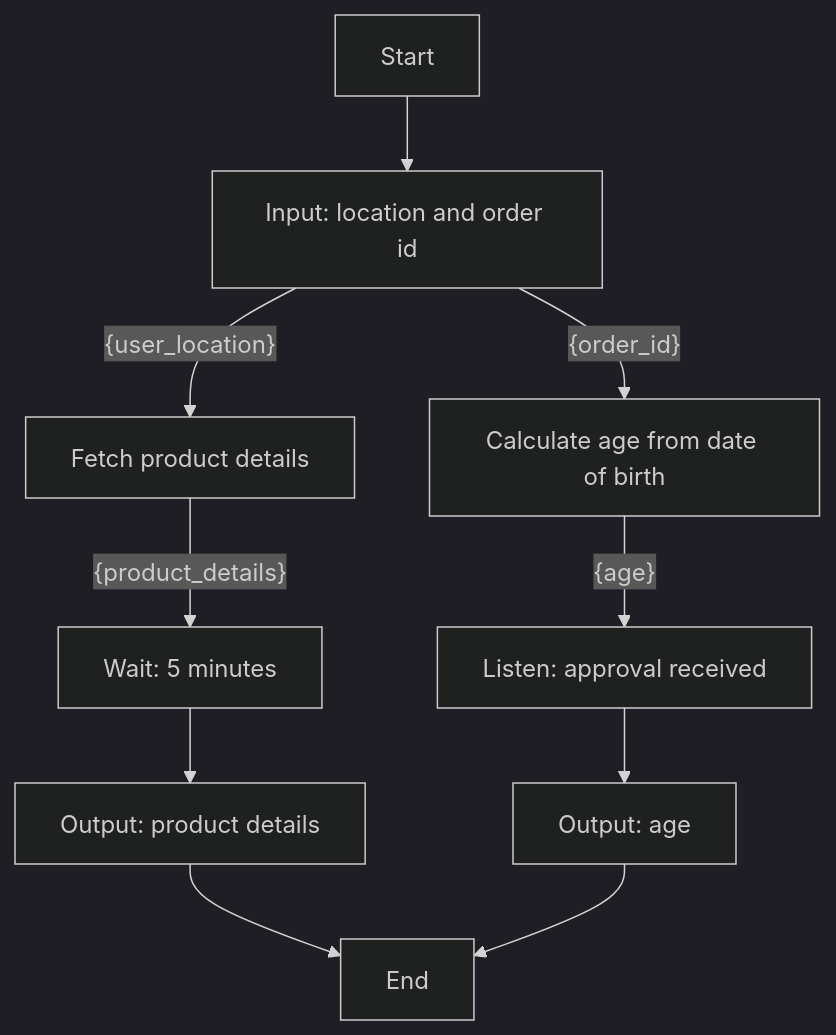
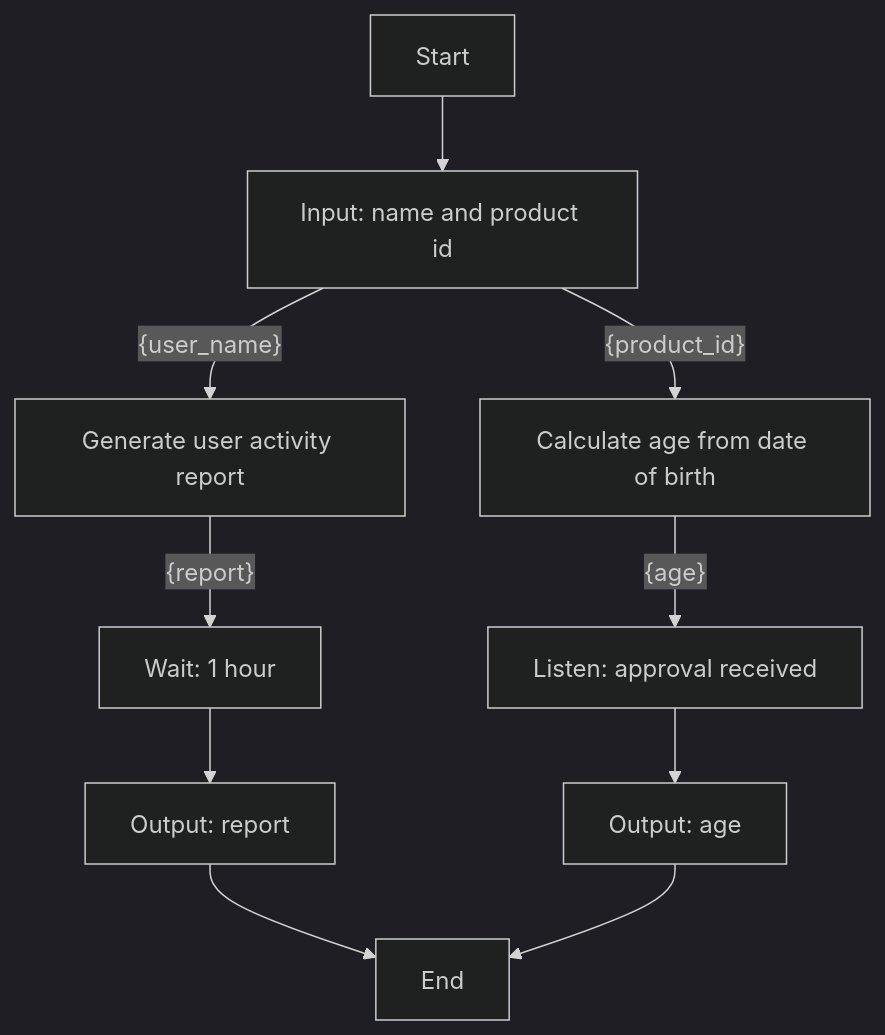
One commit to YJ-928/Temporal-Python-SDK changed the diagram in poc-dsl-compiler/input/workflows/workflow_9.md. Above: the diagram before and after it, drawn with Mermaid (dark theme). The commit also changed 52 other files, not shown here.

````diff
--- a/poc-dsl-compiler/input/workflows/workflow_9.md
+++ b/poc-dsl-compiler/input/workflows/workflow_9.md
@@ -1,12 +1,12 @@
 ```mermaid
 graph TD
-    A[Start] --> B[Input: location and order id]
-    B[Input: location and order id] -- {user_location} --> C[Fetch product details]
-    C[Fetch product details] -- {product_details} --> D[Wait: 5 minutes]
-    D[Wait: 5 minutes] --> E[Output: product details]
-    E[Output: product details] --> I[End]
-    B[Input: location and order id] -- {order_id} --> F[Calculate age from date of birth]
+    A[Start] --> B[Input: name and product id]
+    B[Input: name and product id] -- {user_name} --> C[Generate user activity report]
+    C[Generate user activity report] -- {report} --> D[Wait: 1 hour]
+    D[Wait: 1 hour] --> E[Output: report]
+    E[Output: report] --> I[End]
+    B[Input: name and product id] -- {product_id} --> F[Calculate age from date of birth]
     F[Calculate age from date of birth] -- {age} --> G[Listen: approval received]
     G[Listen: approval received] --> H[Output: age]
     H[Output: age] --> I[End]
 ```
````
